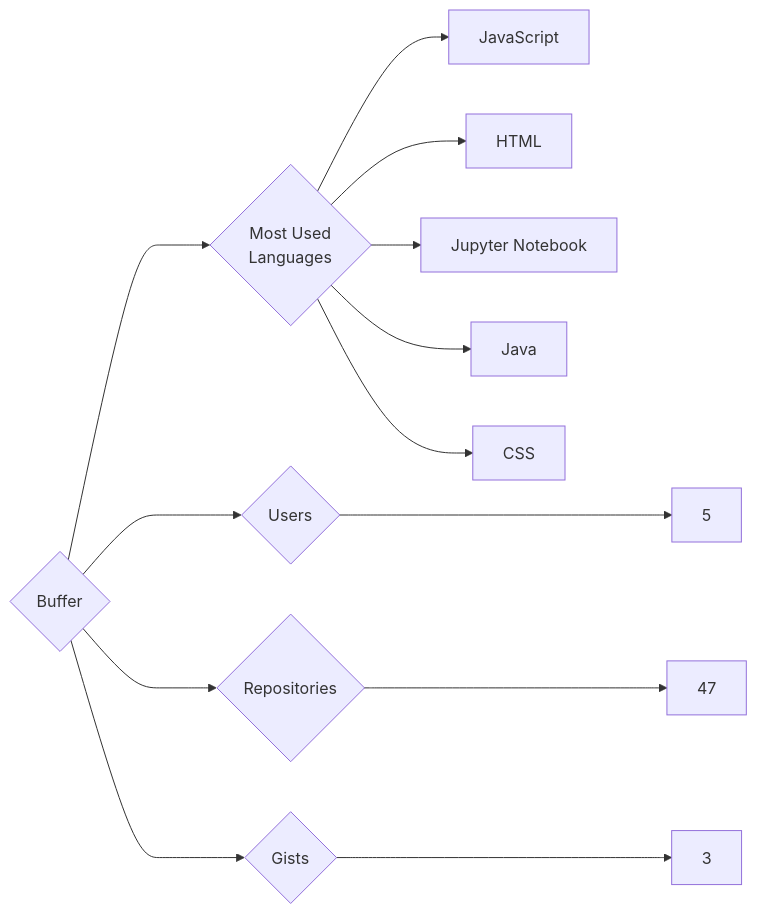
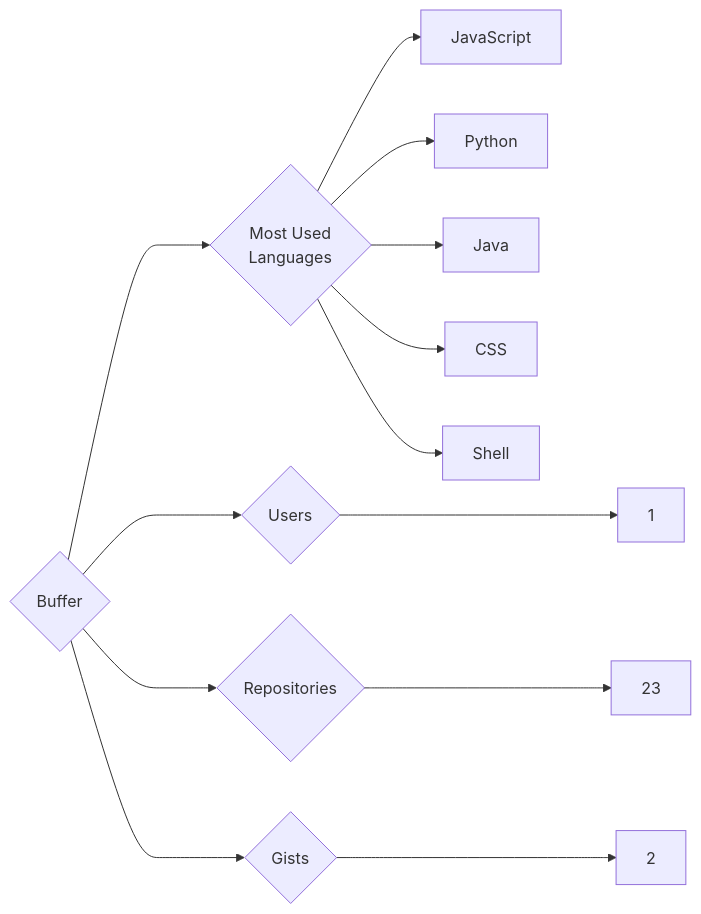
The diagram in targets/Buffer/README.md (trickest/insiders), drawn with Mermaid before and after one commit. The commit also changed 951 other files, not shown here.

````diff
--- a/targets/Buffer/README.md
+++ b/targets/Buffer/README.md
@@ -3,13 +3,13 @@
 ```mermaid
 graph LR
 COMPANY_NAME{Buffer}
-COMPANY_NAME ---> U{Users} ---> UN[5]
-COMPANY_NAME ---> R{Repositories} ---> RN[47]
-COMPANY_NAME ---> G{Gists} ---> GN[3]
+COMPANY_NAME ---> U{Users} ---> UN[1]
+COMPANY_NAME ---> R{Repositories} ---> RN[23]
+COMPANY_NAME ---> G{Gists} ---> GN[2]
 COMPANY_NAME ---> ML{Most Used<br>Languages}
 ML --> JavaScript[JavaScript]
-ML --> HTML[HTML]
-ML --> Jupyter_Notebook[Jupyter Notebook]
+ML --> Python[Python]
 ML --> Java[Java]
 ML --> CSS[CSS]
+ML --> Shell[Shell]
 ```
````
